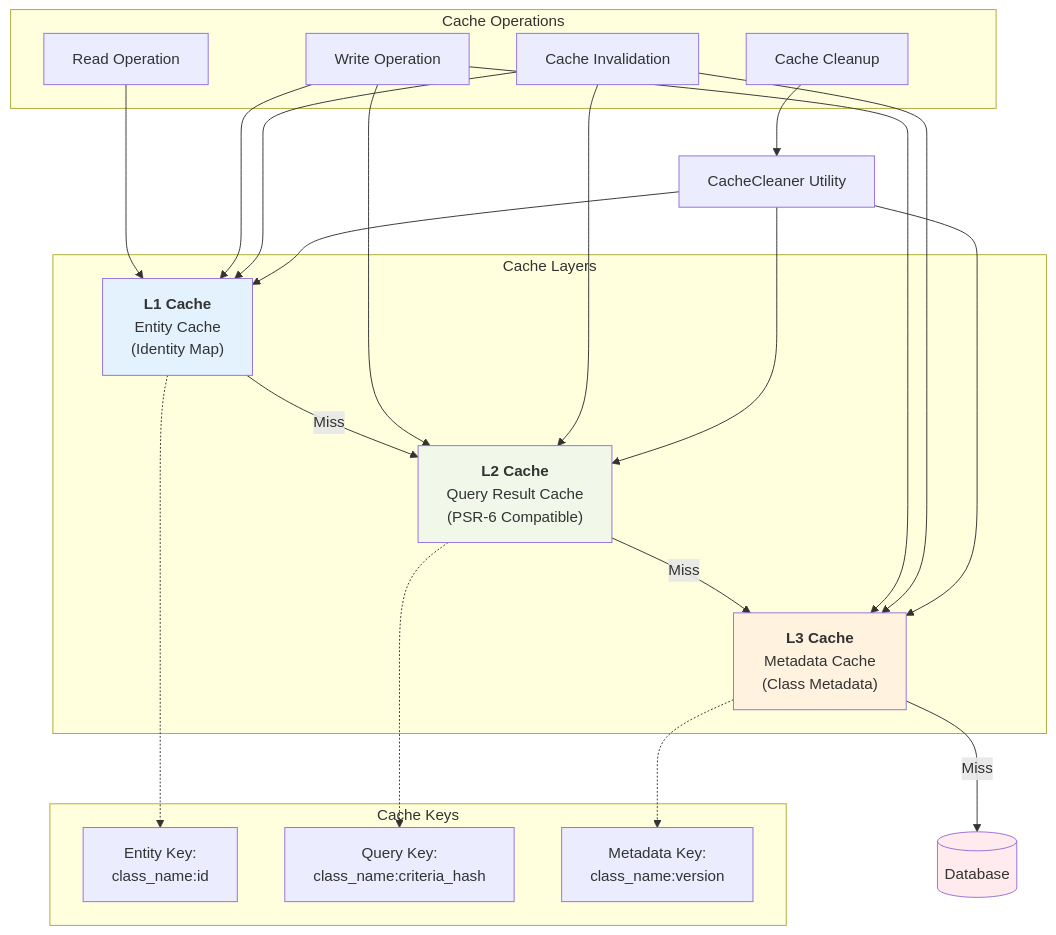
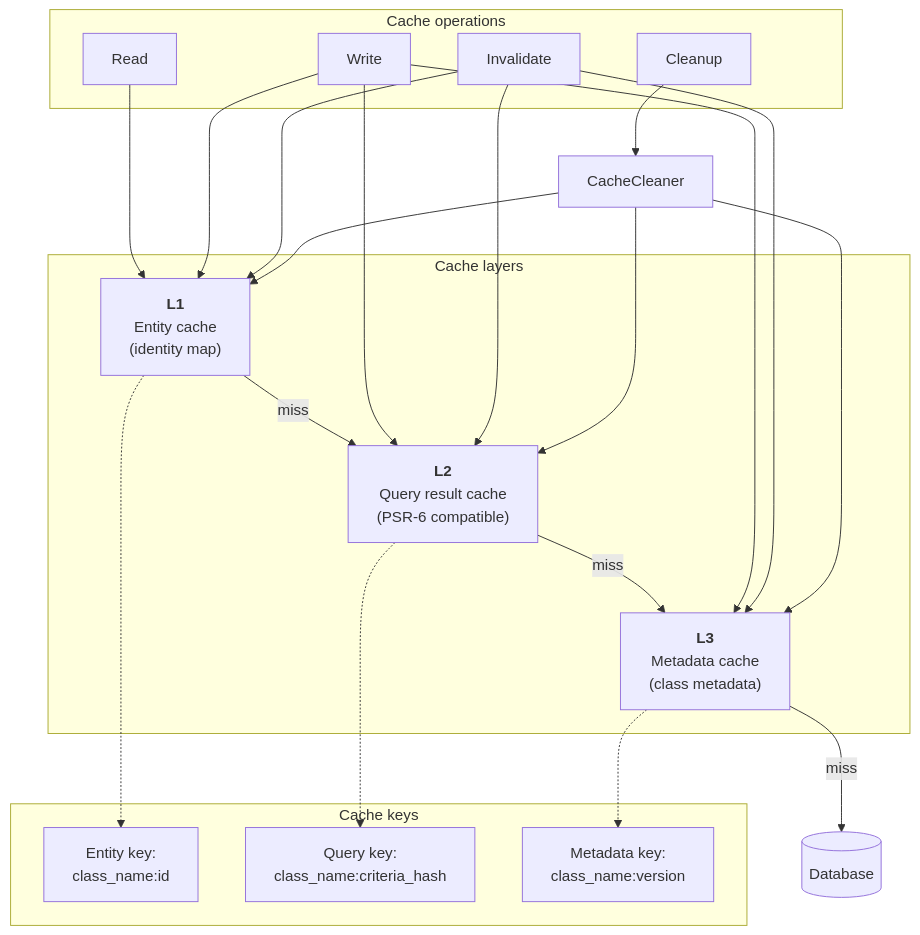
One commit to kabiroman/adaptive-entity-manager changed the sixth of 7 diagrams in docs/INTERACTION_DIAGRAMS.md. Above: the diagram before and after it, drawn with Mermaid. The commit also changed other lines of this file and 7 other files, not shown here.

````diff
--- a/docs/INTERACTION_DIAGRAMS.md
+++ b/docs/INTERACTION_DIAGRAMS.md
@@ -270,61 +260,56 @@
 ```mermaid
 graph TB
-    subgraph "Cache Layers"
-        L1["`**L1 Cache**
-        Entity Cache
-        (Identity Map)`"]
-        
-        L2["`**L2 Cache**
-        Query Result Cache
-        (PSR-6 Compatible)`"]
-        
-        L3["`**L3 Cache**
-        Metadata Cache
-        (Class Metadata)`"]
+    subgraph cacheLayers [Cache layers]
+        L1["`**L1**
+        Entity cache
+        (identity map)`"]
+
+        L2["`**L2**
+        Query result cache
+        (PSR-6 compatible)`"]
+
+        L3["`**L3**
+        Metadata cache
+        (class metadata)`"]
     end
-    
-    subgraph "Cache Operations"
-        Read["`Read Operation`"]
-        Write["`Write Operation`"]
-        Invalidate["`Cache Invalidation`"]
-        Cleanup["`Cache Cleanup`"]
+
+    subgraph cacheOps [Cache operations]
+        Read["`Read`"]
+        Write["`Write`"]
+        Invalidate["`Invalidate`"]
+        Cleanup["`Cleanup`"]
     end
-    
-    subgraph "Cache Keys"
-        EntityKey["`Entity Key:
+
+    subgraph cacheKeys [Cache keys]
+        EntityKey["`Entity key:
         class_name:id`"]
-        
-        QueryKey["`Query Key:
+
+        QueryKey["`Query key:
         class_name:criteria_hash`"]
-        
-        MetadataKey["`Metadata Key:
+
+        MetadataKey["`Metadata key:
         class_name:version`"]
     end
-    
+
     Read --> L1
-    L1 -->|Miss| L2
-    L2 -->|Miss| L3
-    L3 -->|Miss| Database[(Database)]
-    
+    L1 -->|miss| L2
+    L2 -->|miss| L3
+    L3 -->|miss| Database[(Database)]
+
     Write --> L1
     Write --> L2
     Write --> L3
-    
+
     Invalidate --> L1
     Invalidate --> L2
     Invalidate --> L3
-    
-    Cleanup --> CacheCleaner["`CacheCleaner Utility`"]
+
+    Cleanup --> CacheCleaner["`CacheCleaner`"]
     CacheCleaner --> L1
     CacheCleaner --> L2
     CacheCleaner --> L3
-    
+
     L1 -.-> EntityKey
     L2 -.-> QueryKey
     L3 -.-> MetadataKey
-    
-    style L1 fill:#e3f2fd
-    style L2 fill:#f1f8e9
-    style L3 fill:#fff3e0
-    style Database fill:#ffebee
 ```
````
